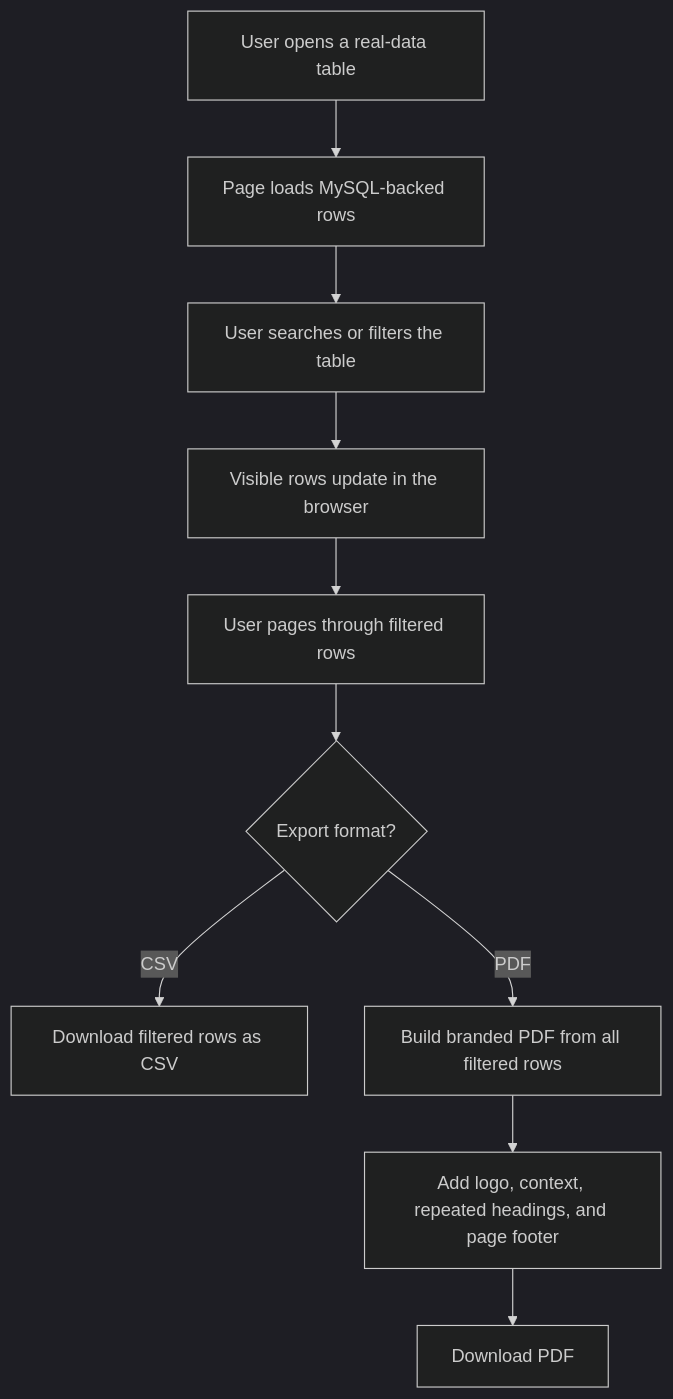
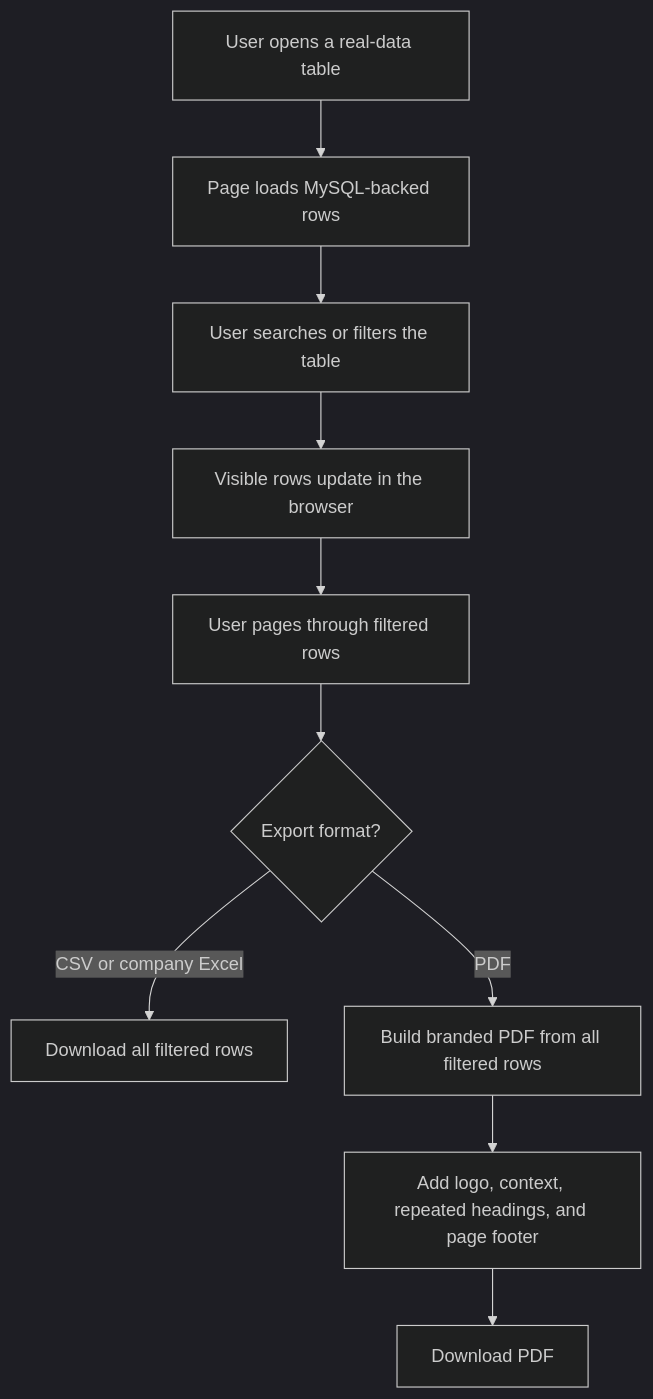
One commit to Xeyn19/xmetapay changed diagram 22 of 22 in docs/PROJECT_FLOWCHARTS.md. Above: the diagram before and after it, drawn with Mermaid (dark theme). The commit also changed other lines of this file and 13 other files, not shown here.

````diff
--- a/docs/PROJECT_FLOWCHARTS.md
+++ b/docs/PROJECT_FLOWCHARTS.md
@@ -800,12 +800,12 @@
 ```mermaid
 flowchart TD
   A["User opens a real-data table"] --> B["Page loads MySQL-backed rows"]
   B --> C["User searches or filters the table"]
   C --> D["Visible rows update in the browser"]
   D --> E["User pages through filtered rows"]
   E --> F{"Export format?"}
-  F -->|CSV| G["Download filtered rows as CSV"]
+  F -->|CSV or company Excel| G["Download all filtered rows"]
   F -->|PDF| H["Build branded PDF from all filtered rows"]
   H --> I["Add logo, context, repeated headings, and page footer"]
   I --> J["Download PDF"]
 ```
````
